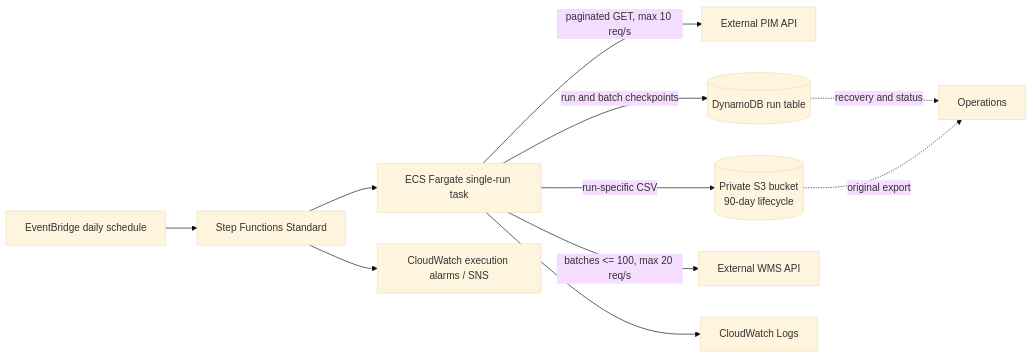
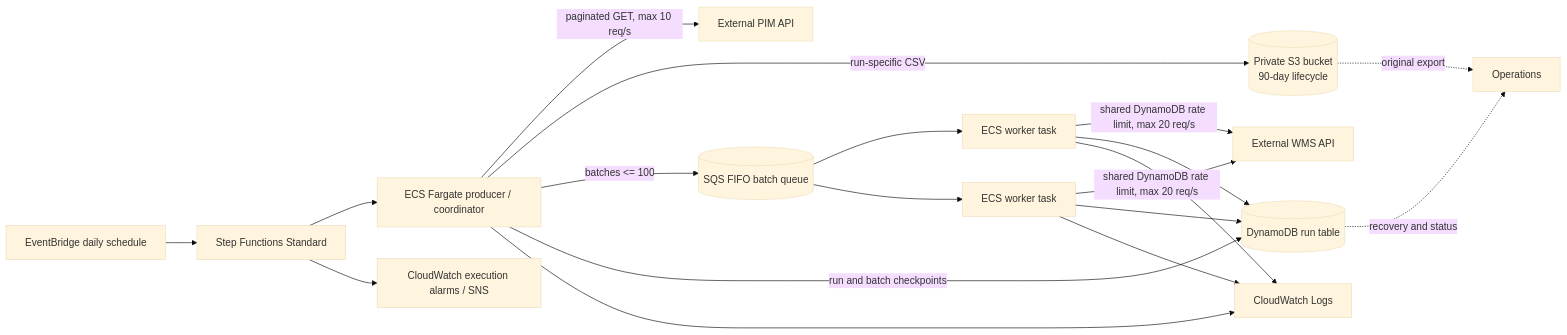
Before and after one commit to shraddha27/repository: the diagram in ARCHITECTURE.md, drawn with Mermaid (base theme). The commit also changed other lines of this file and 39 other files, not shown here.

Commit message:
implementation with worker threads, queue and another implementation only with async

````diff
--- a/ARCHITECTURE.md
+++ b/ARCHITECTURE.md
@@ -5,13 +5,21 @@
 ```mermaid
 flowchart LR
     Schedule[EventBridge daily schedule] --> Workflow[Step Functions Standard]
-    Workflow --> Task[ECS Fargate single-run task]
+    Workflow --> Task[ECS Fargate producer / coordinator]
     Task -->|paginated GET, max 10 req/s| PIM[External PIM API]
     Task -->|run-specific CSV| Bucket[(Private S3 bucket\n90-day lifecycle)]
+    Task -->|batches <= 100| Queue[(SQS FIFO batch queue)]
+    Queue --> Worker1[ECS worker task]
+    Queue --> Worker2[ECS worker task]
+    Worker1 -->|shared DynamoDB rate limit, max 20 req/s| WMS[External WMS API]
+    Worker2 -->|shared DynamoDB rate limit, max 20 req/s| WMS
     Task -->|run and batch checkpoints| State[(DynamoDB run table)]
-    Task -->|batches <= 100, max 20 req/s| WMS[External WMS API]
+    Worker1 --> State
+    Worker2 --> State
     Task --> Logs[CloudWatch Logs]
+    Worker1 --> Logs
+    Worker2 --> Logs
     Workflow --> Alarm[CloudWatch execution alarms / SNS]
     State -. recovery and status .-> Ops[Operations]
     Bucket -. original export .-> Ops
 ```
````
